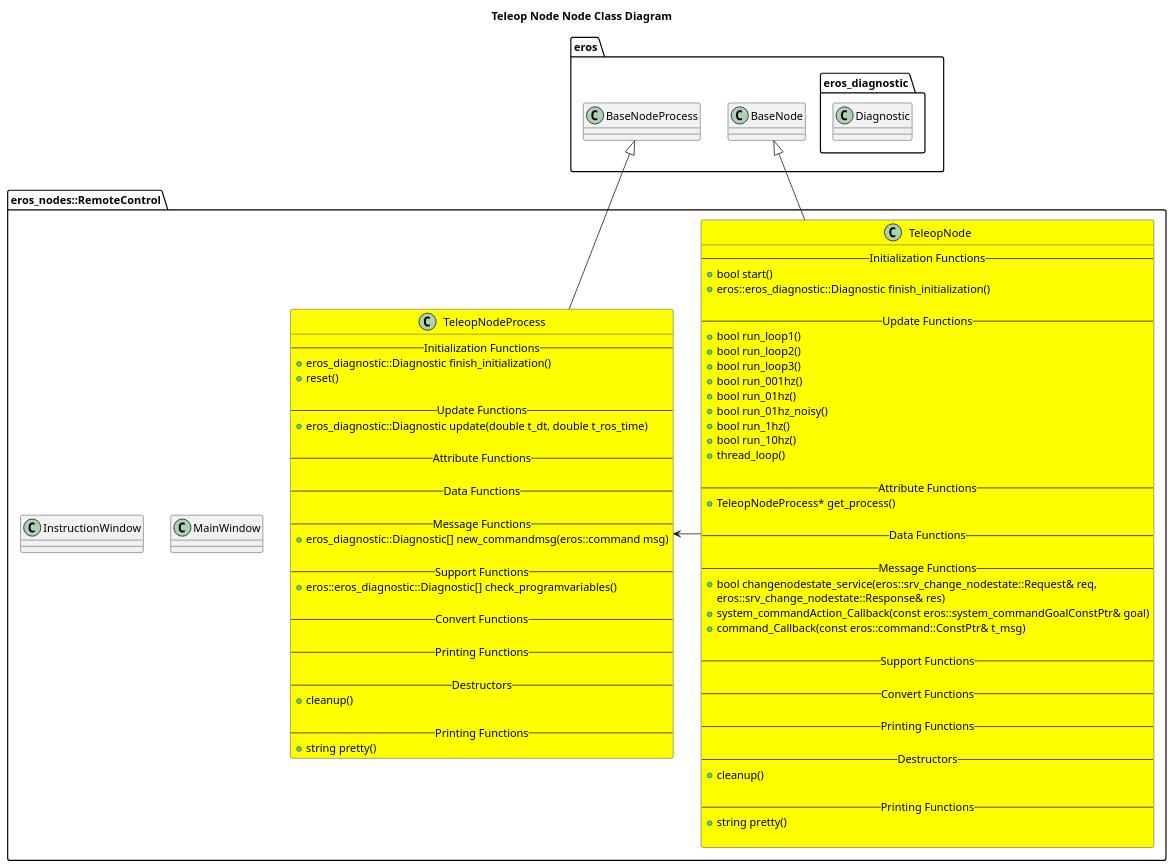
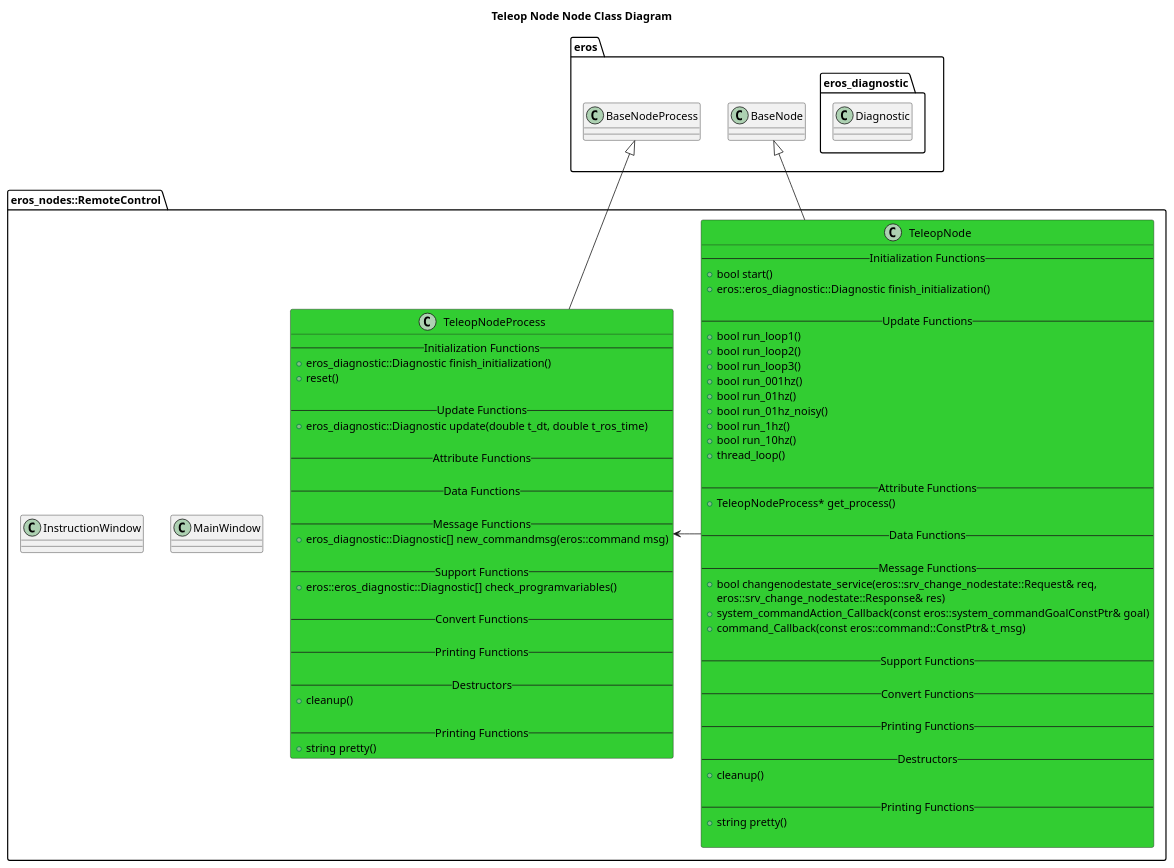
Before and after one commit to fastrobotics/eros: the diagram in nodes/RemoteControl/TeleopNode/doc/TeleopNodeClassDiagram.puml, drawn with PlantUML. The commit also changed 5 other files, not shown here.

```diff
--- a/nodes/RemoteControl/TeleopNode/doc/TeleopNodeClassDiagram.puml
+++ b/nodes/RemoteControl/TeleopNode/doc/TeleopNodeClassDiagram.puml
@@ -1,88 +1,88 @@
 @startuml
 title Teleop Node Node Class Diagram
 package eros {
     class BaseNode
     class BaseNodeProcess
     namespace eros_diagnostic {
         class Diagnostic
     }
 }
 
 namespace eros_nodes::RemoteControl {
     class MainWindow
     class InstructionWindow
-    class TeleopNode #Yellow {
+    class TeleopNode #LimeGreen {
         -- Initialization Functions --
         +bool start()
         +eros::eros_diagnostic::Diagnostic finish_initialization()
 
         -- Update Functions --
         +bool run_loop1()
         +bool run_loop2()
         +bool run_loop3()
         +bool run_001hz()
         +bool run_01hz()
         +bool run_01hz_noisy()
         +bool run_1hz()
         +bool run_10hz()
         +thread_loop()
 
         -- Attribute Functions --
         +TeleopNodeProcess* get_process()
 
         -- Data Functions --
 
         -- Message Functions --
         +bool changenodestate_service(eros::srv_change_nodestate::Request& req,
                                     eros::srv_change_nodestate::Response& res)
         +system_commandAction_Callback(const eros::system_commandGoalConstPtr& goal)
         +command_Callback(const eros::command::ConstPtr& t_msg)
 
         -- Support Functions --
 
         -- Convert Functions --
         
         -- Printing Functions --
 
         -- Destructors --
         +cleanup()
 
         -- Printing Functions --
         +string pretty()
 
     }
-    class TeleopNodeProcess #Yellow {
+    class TeleopNodeProcess #LimeGreen {
         -- Initialization Functions --
         +eros_diagnostic::Diagnostic finish_initialization()
         +reset()
 
         -- Update Functions --
         +eros_diagnostic::Diagnostic update(double t_dt, double t_ros_time)
 
         -- Attribute Functions --
 
         -- Data Functions --
 
         -- Message Functions --
         +eros_diagnostic::Diagnostic[] new_commandmsg(eros::command msg)
 
         -- Support Functions --
         +eros::eros_diagnostic::Diagnostic[] check_programvariables()
 
         -- Convert Functions --
         
         -- Printing Functions --
 
         -- Destructors --
         +cleanup()
 
         -- Printing Functions --
         +string pretty()
     }
 
     BaseNode <|-- TeleopNode
     BaseNodeProcess <|-- TeleopNodeProcess
     TeleopNode -> TeleopNodeProcess 
 }
 
 @enduml
```
